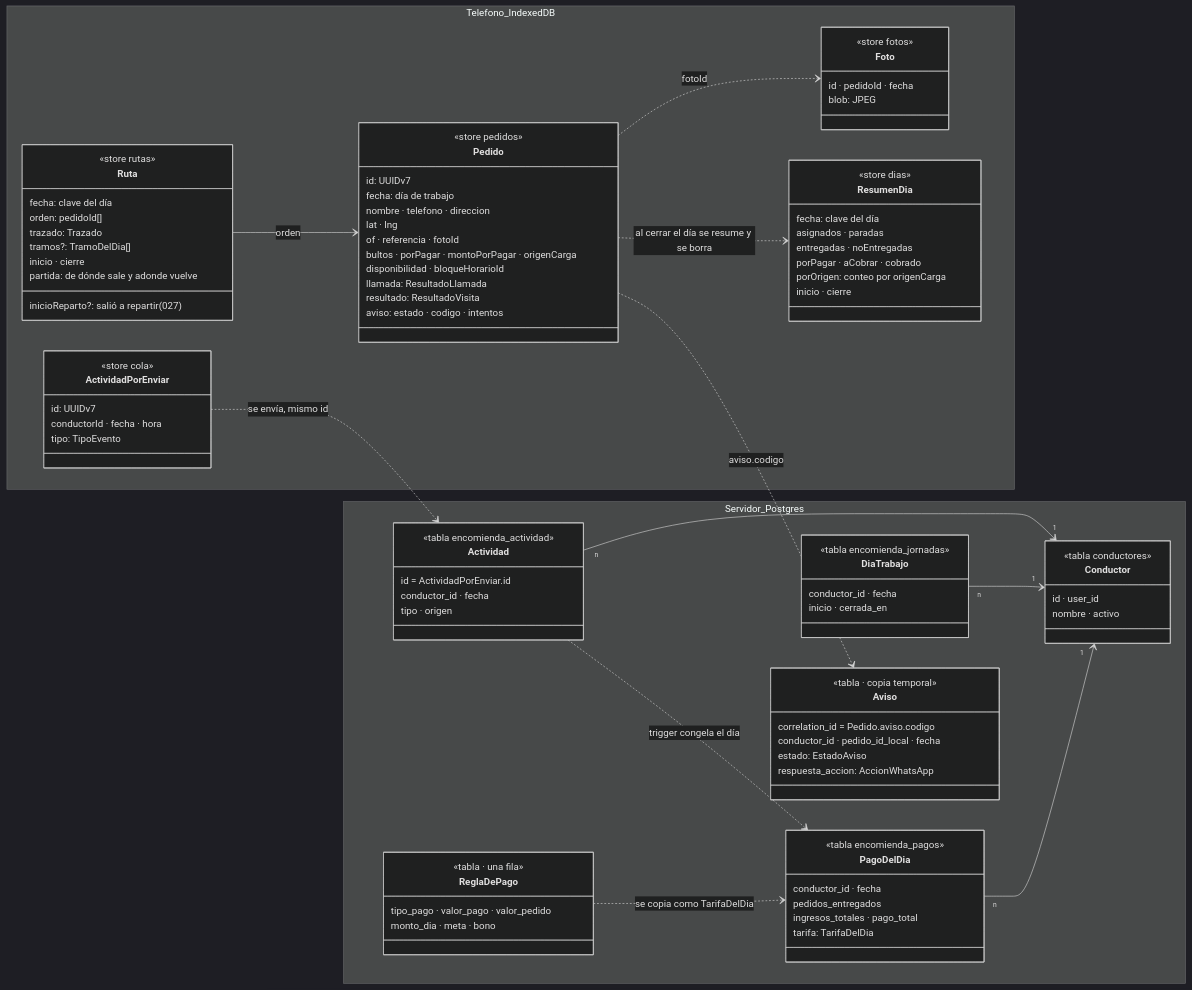
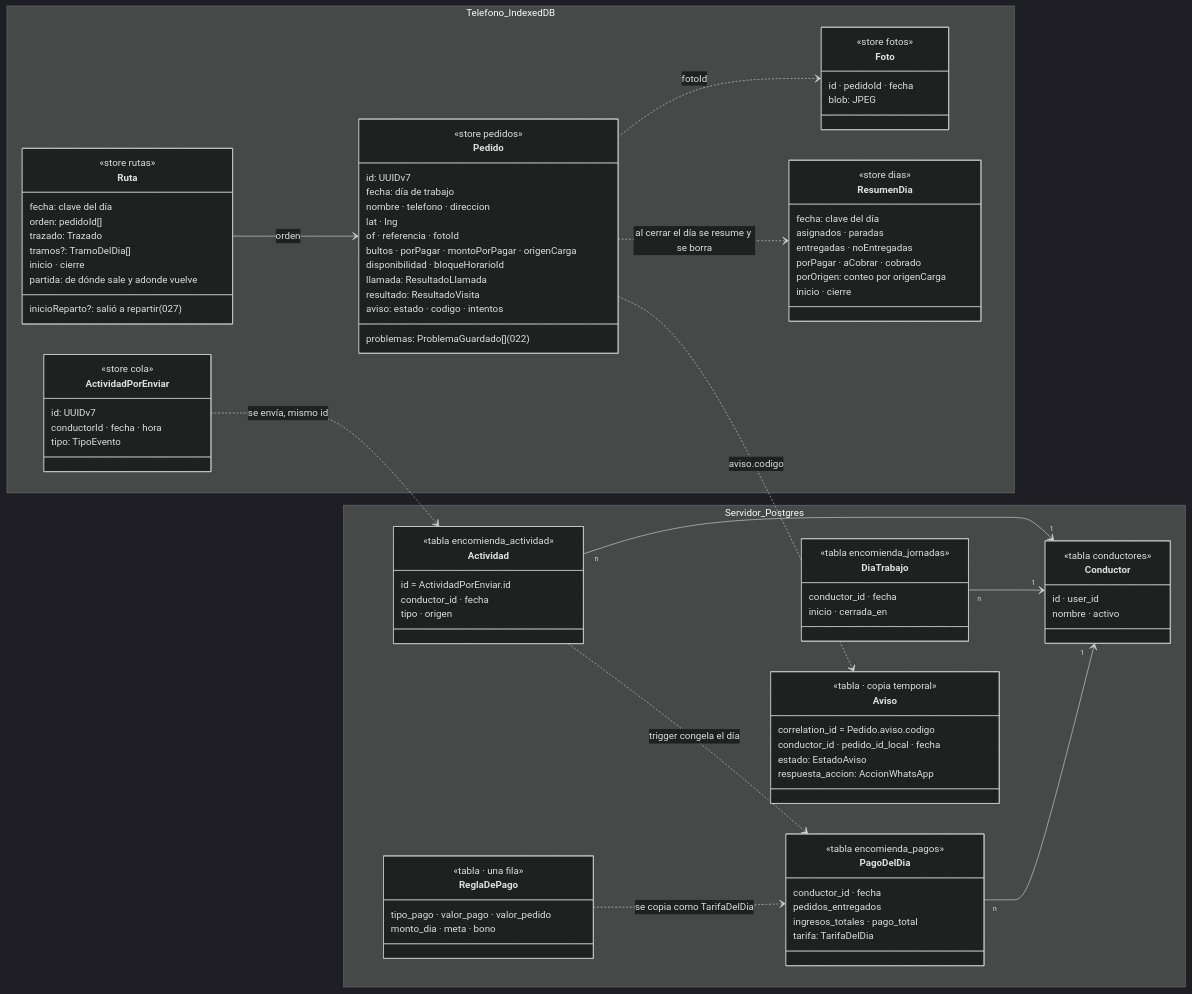
One commit to etianypr/ProyectoAres changed the first of 3 diagrams in docs/CLASES.md. Above: the diagram before and after it, drawn with Mermaid (dark theme). The commit also changed other lines of this file and 43 other files, not shown here.

```diff
--- a/docs/CLASES.md
+++ b/docs/CLASES.md
@@ -48,6 +48,7 @@
       llamada: ResultadoLlamada
       resultado: ResultadoVisita
       aviso: estado · codigo · intentos
+      problemas: ProblemaGuardado[] (022)
     }
     class Ruta {
       <<store rutas>>
```
